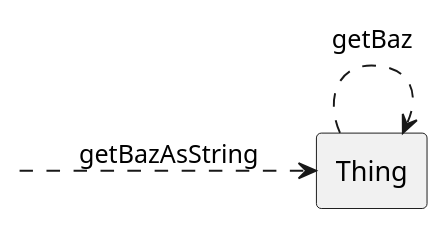
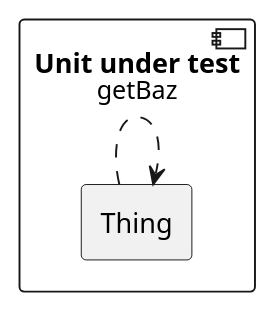
Before and after one commit to skiffek/easy-unit-tests: the diagram in diagrams/03-query-sent-to-self.puml, drawn with PlantUML. The commit also changed 36 other files, not shown here.

```diff
--- a/diagrams/03-query-sent-to-self.puml
+++ b/diagrams/03-query-sent-to-self.puml
@@ -1,11 +1,11 @@
 @startuml communication
 skinparam linestyle ortho
 left to right direction
 
-label " " as external
-rectangle "Thing" as thing
+component "Unit under test" {
+  rectangle "Thing" as thing
+}
 
-external -[dashed]-> thing: getBazAsString
 thing -[dashed]-> thing: getBaz
 
 @enduml
```
